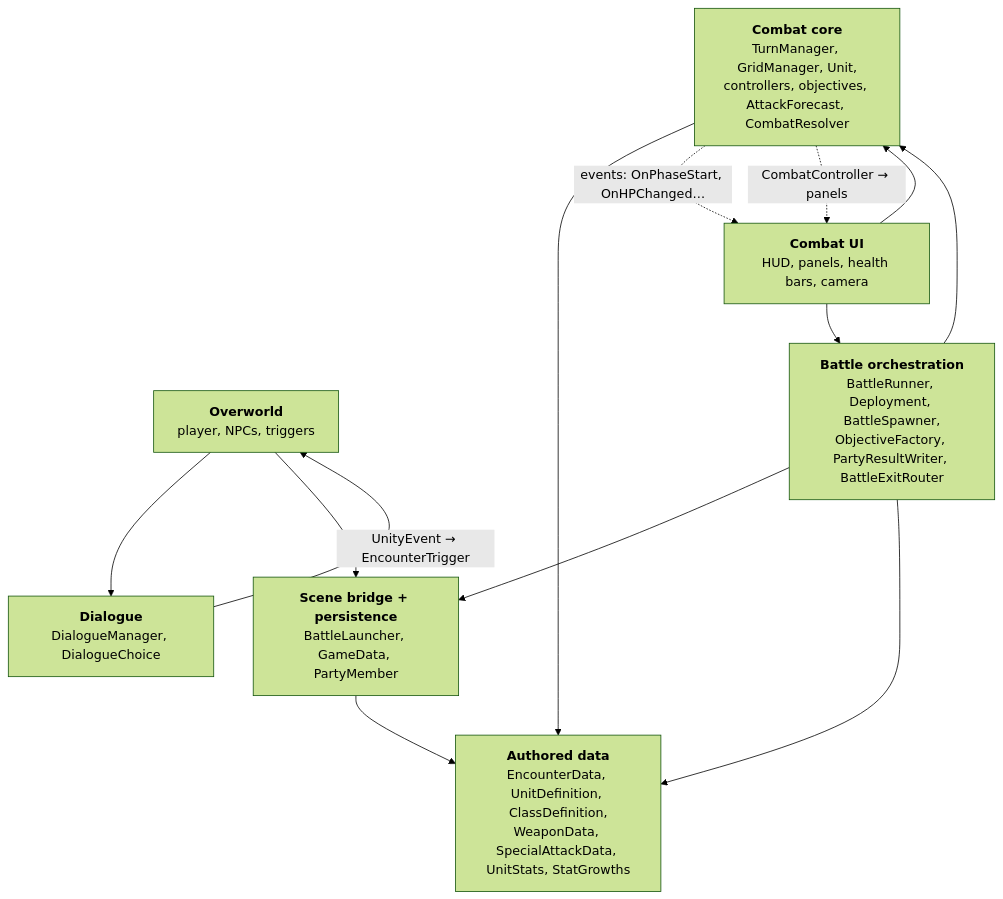
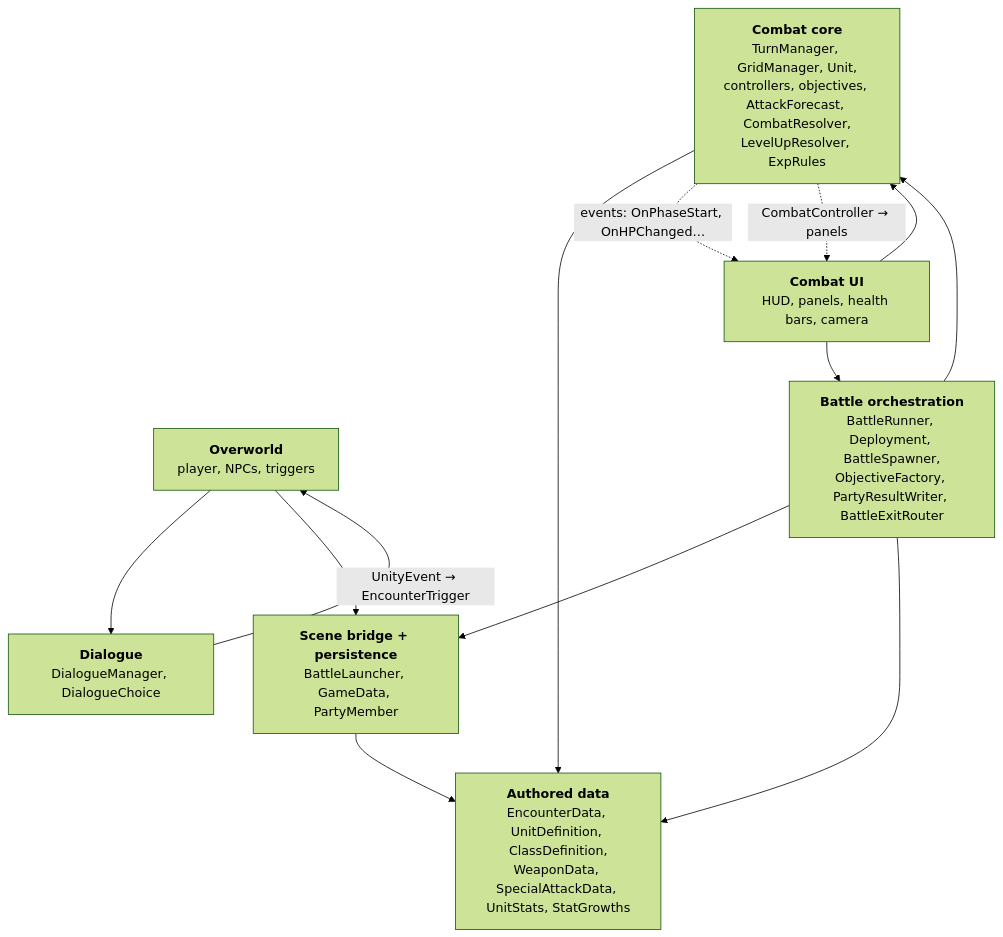
The diagram in docs/uml/01-architecture-overview.md (Ampherost/VerdantVenture), drawn with Mermaid (forest theme) before and after one commit. The commit also changed other lines of this file and 10 other files, not shown here.

````diff
--- a/docs/uml/01-architecture-overview.md
+++ b/docs/uml/01-architecture-overview.md
@@ -7,24 +7,24 @@
 ```mermaid
 flowchart TB
     OW["<b>Overworld</b><br/>player, NPCs, triggers"]
     DLG["<b>Dialogue</b><br/>DialogueManager, DialogueChoice"]
     BRG["<b>Scene bridge + persistence</b><br/>BattleLauncher, GameData, PartyMember"]
-    CMB["<b>Combat core</b><br/>TurnManager, GridManager, Unit,<br/>controllers, objectives, AttackForecast, CombatResolver"]
+    CMB["<b>Combat core</b><br/>TurnManager, GridManager, Unit,<br/>controllers, objectives, AttackForecast, CombatResolver,<br/>LevelUpResolver, ExpRules"]
     ORC["<b>Battle orchestration</b><br/>BattleRunner, Deployment, BattleSpawner,<br/>ObjectiveFactory, PartyResultWriter, BattleExitRouter"]
     UI["<b>Combat UI</b><br/>HUD, panels, health bars, camera"]
     DATA["<b>Authored data</b><br/>EncounterData, UnitDefinition, ClassDefinition,<br/>WeaponData, SpecialAttackData, UnitStats, StatGrowths"]
 
     OW --> DLG
     DLG -- "UnityEvent → EncounterTrigger" --> OW
     OW --> BRG
     ORC --> BRG
     ORC --> CMB
     ORC --> DATA
     CMB --> DATA
     BRG --> DATA
     UI --> CMB
     UI --> ORC
     CMB -. "events: OnPhaseStart, OnHPChanged…" .-> UI
     CMB -. "CombatController → panels" .-> UI
 
 ```
````
